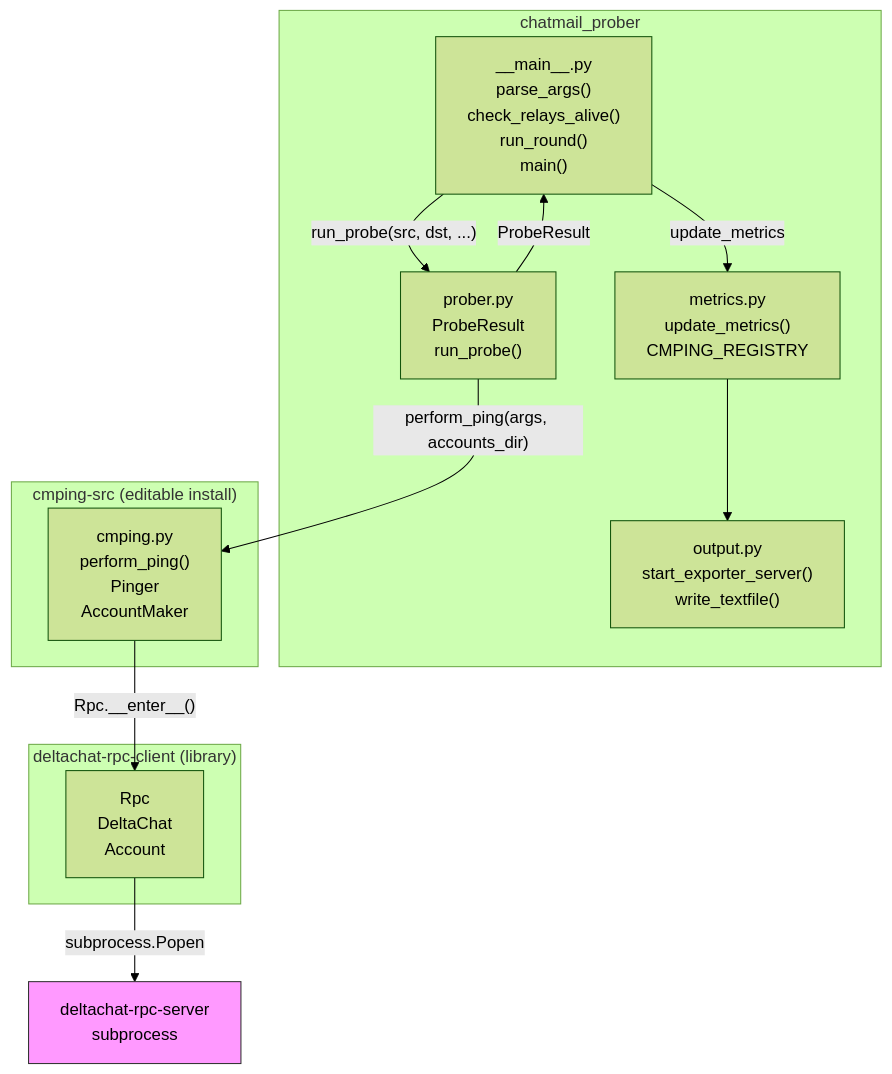
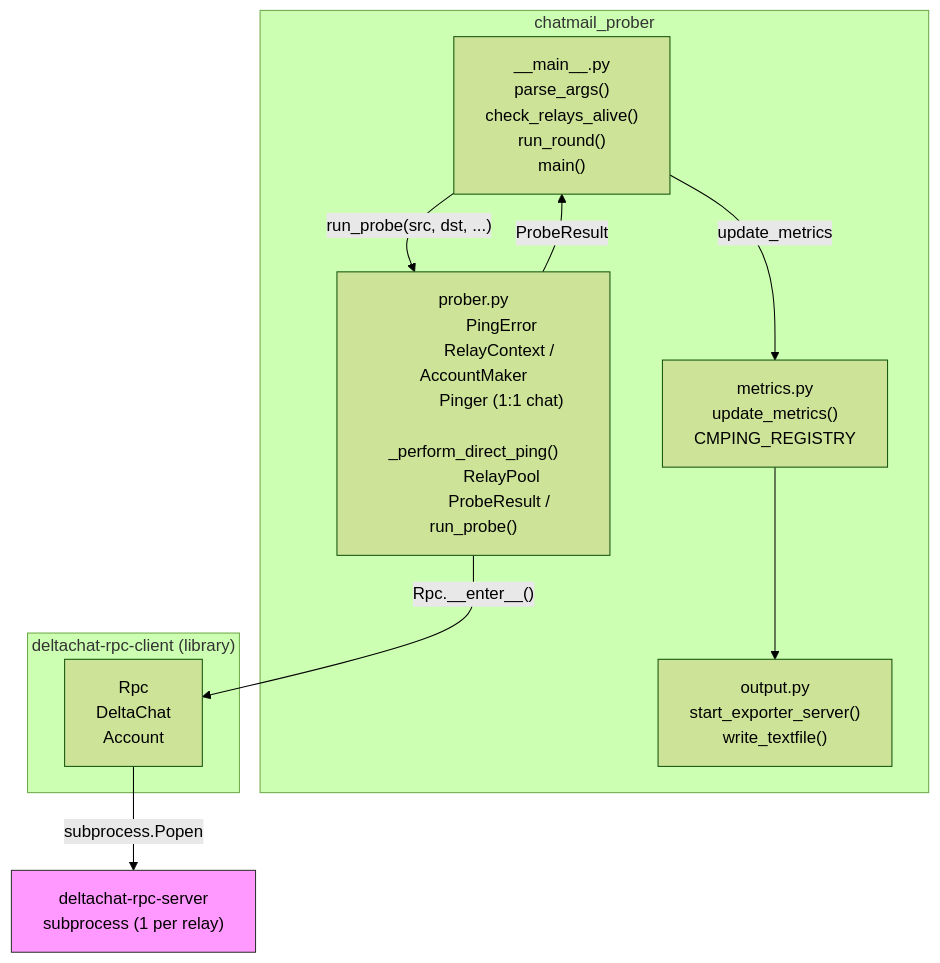
The second of 9 diagrams in TECHNICAL.md (j4n/chatmail-prober), drawn with Mermaid (forest theme) before and after one commit. The commit also changed other lines of this file and 10 other files, not shown here.

First line of the commit message:
Vendor cmping direct-ping logic into chatmail_prober.prober

````diff
--- a/TECHNICAL.md
+++ b/TECHNICAL.md
@@ -112,45 +112,41 @@
 ```mermaid
 graph TD
     subgraph chatmail_prober
         MAIN["__main__.py
             parse_args()
             check_relays_alive()
             run_round()
             main()"]
         PROBER["prober.py
-            ProbeResult
-            run_probe()"]
+            PingError
+            RelayContext / AccountMaker
+            Pinger (1:1 chat)
+            _perform_direct_ping()
+            RelayPool
+            ProbeResult / run_probe()"]
         METRICS["metrics.py
             update_metrics()
             CMPING_REGISTRY"]
         OUTPUT["output.py
             start_exporter_server()
             write_textfile()"]
-    end
-
-    subgraph cmping_src["cmping-src (editable install)"]
-        CMPING["cmping.py
-            perform_ping()
-            Pinger
-            AccountMaker"]
     end
 
     subgraph deltachat["deltachat-rpc-client (library)"]
         RPC["Rpc
             DeltaChat
             Account"]
     end
 
     DCSERVER["deltachat-rpc-server
-        subprocess"]
+        subprocess (1 per relay)"]
 
     MAIN -->|"run_probe(src, dst, ...)"| PROBER
-    PROBER -->|"perform_ping(args, accounts_dir)"| CMPING
-    CMPING -->|"Rpc.__enter__()"| RPC
+    PROBER -->|"Rpc.__enter__()"| RPC
     RPC -->|"subprocess.Popen"| DCSERVER
     PROBER -->|ProbeResult| MAIN
     MAIN -->|update_metrics| METRICS
     METRICS --> OUTPUT
 
     style DCSERVER fill:#f9f,stroke:#333
 ```
````
